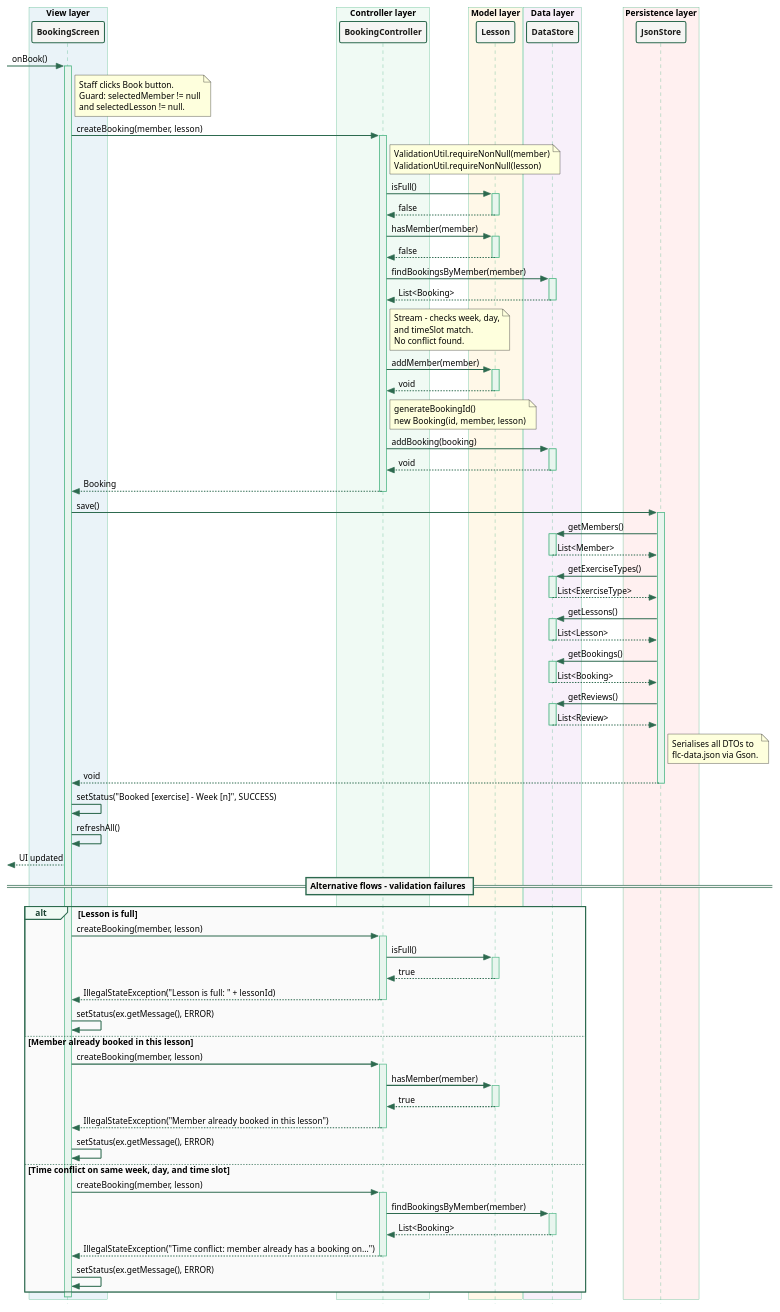
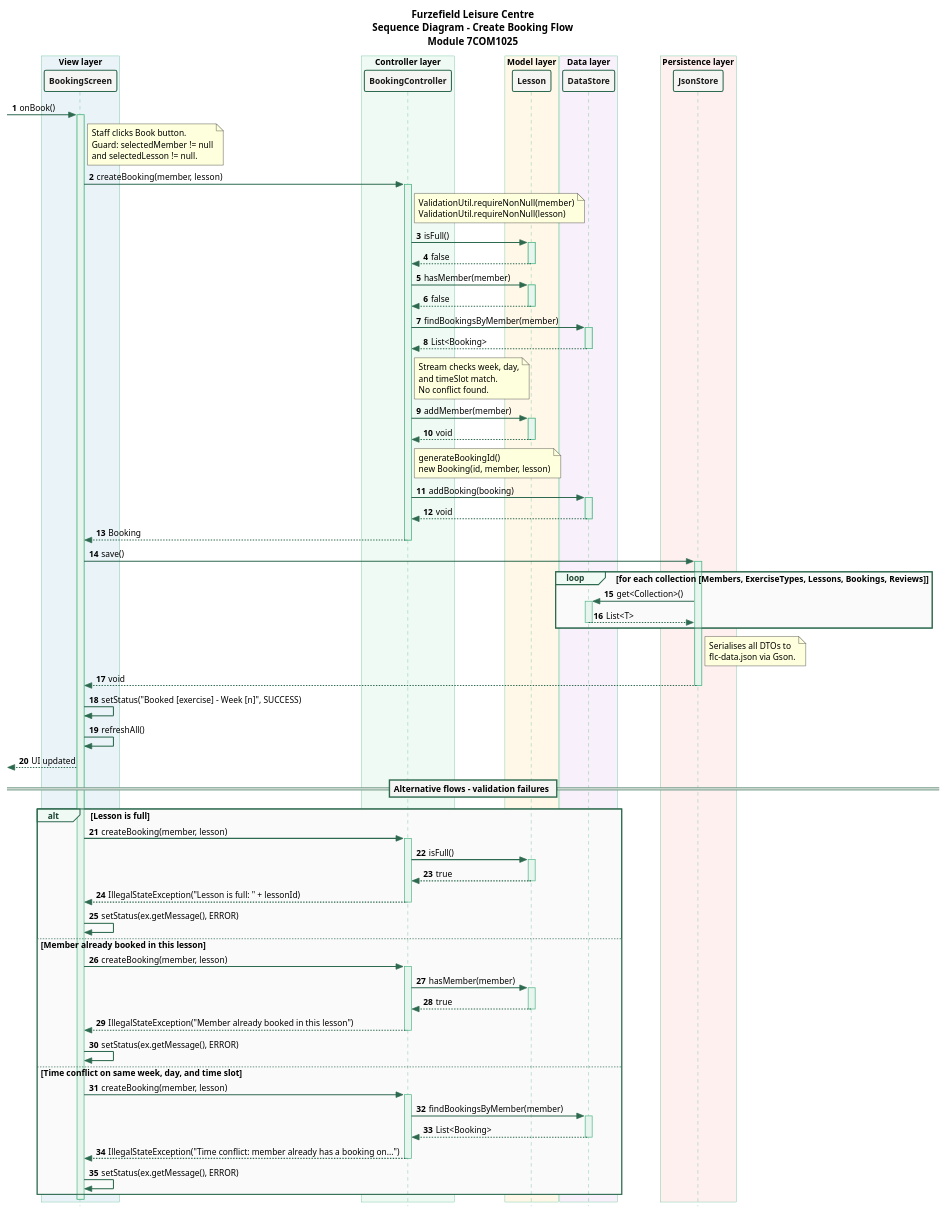
One commit to Dantesrc-sys/FurzefieldLC changed the diagram in src/main/plantuml/sequence-diagram.puml. Above: the diagram before and after it, drawn with PlantUML. The commit also changed 1 other file, not shown here.

```diff
--- a/src/main/plantuml/sequence-diagram.puml
+++ b/src/main/plantuml/sequence-diagram.puml
@@ -1,17 +1,21 @@
 @startuml sequence-diagram
 
-' ═══════════════════════════════════════════════════════════════
+' ===============================================================
 ' Furzefield Leisure Centre - Sequence Diagram
 ' Module  : 7COM1025
 ' Flow    : Create booking - end-to-end through all layers
 ' Source  : BookingScreen.onBook() and BookingController.createBooking()
-' ═══════════════════════════════════════════════════════════════
+' ===============================================================
 
 skinparam style strictuml
 skinparam backgroundColor    #FFFFFF
 skinparam defaultFontName    SansSerif
 skinparam defaultFontSize    12
 skinparam sequenceArrowThickness 1.5
+
+title Furzefield Leisure Centre\nSequence Diagram - Create Booking Flow\nModule 7COM1025
+
+autonumber
 
 skinparam participant {
     BackgroundColor          #F5F5F3
@@ -38,9 +42,9 @@
     NoteBorderColor          #F4C430
 }
 
-' ═══════════════════════════════════════════════════════════════
+' ===============================================================
 ' PARTICIPANTS - declared in layer order
-' ═══════════════════════════════════════════════════════════════
+' ===============================================================
 
 box "View layer" #EAF3F8
     participant "BookingScreen" as BS
@@ -62,23 +66,30 @@
     participant "JsonStore" as JS
 end box
 
-' ═══════════════════════════════════════════════════════════════
+' ===============================================================
 ' TRIGGER
-' ═══════════════════════════════════════════════════════════════
+' ===============================================================
 
 [-> BS : onBook()
-note right of BS : Staff clicks Book button.\nGuard: selectedMember != null\nand selectedLesson != null.
+note right of BS
+  Staff clicks Book button.
+  Guard: selectedMember != null
+  and selectedLesson != null.
+end note
 
 activate BS
 
-' ═══════════════════════════════════════════════════════════════
+' ===============================================================
 ' MAIN SUCCESS FLOW
-' ═══════════════════════════════════════════════════════════════
+' ===============================================================
 
 BS -> BC : createBooking(member, lesson)
 activate BC
 
-note right of BC : ValidationUtil.requireNonNull(member)\nValidationUtil.requireNonNull(lesson)
+note right of BC
+  ValidationUtil.requireNonNull(member)
+  ValidationUtil.requireNonNull(lesson)
+end note
 
 BC -> L : isFull()
 activate L
@@ -95,14 +106,21 @@
 DS --> BC : List<Booking>
 deactivate DS
 
-note right of BC : Stream - checks week, day,\nand timeSlot match.\nNo conflict found.
+note right of BC
+  Stream checks week, day,
+  and timeSlot match.
+  No conflict found.
+end note
 
 BC -> L : addMember(member)
 activate L
 L --> BC : void
 deactivate L
 
-note right of BC : generateBookingId()\nnew Booking(id, member, lesson)
+note right of BC
+  generateBookingId()
+  new Booking(id, member, lesson)
+end note
 
 BC -> DS : addBooking(booking)
 activate DS
@@ -112,35 +130,24 @@
 BC --> BS : Booking
 deactivate BC
 
+' ===============================================================
+' PERSISTENCE - JsonStore reads all collections then writes file
+' ===============================================================
+
 BS -> JS : save()
 activate JS
 
-JS -> DS : getMembers()
-activate DS
-DS --> JS : List<Member>
-deactivate DS
+loop for each collection [Members, ExerciseTypes, Lessons, Bookings, Reviews]
+    JS -> DS : get<Collection>()
+    activate DS
+    DS --> JS : List<T>
+    deactivate DS
+end
 
-JS -> DS : getExerciseTypes()
-activate DS
-DS --> JS : List<ExerciseType>
-deactivate DS
-
-JS -> DS : getLessons()
-activate DS
-DS --> JS : List<Lesson>
-deactivate DS
-
-JS -> DS : getBookings()
-activate DS
-DS --> JS : List<Booking>
-deactivate DS
-
-JS -> DS : getReviews()
-activate DS
-DS --> JS : List<Review>
-deactivate DS
-
-note right of JS : Serialises all DTOs to\nflc-data.json via Gson.
+note right of JS
+  Serialises all DTOs to
+  flc-data.json via Gson.
+end note
 
 JS --> BS : void
 deactivate JS
@@ -150,10 +157,10 @@
 
 [<-- BS : UI updated
 
-' ═══════════════════════════════════════════════════════════════
+' ===============================================================
 ' ALTERNATIVE FLOWS - all three validations that can fail
 ' Shown as a single alt/else/end combined fragment per UML spec
-' ═══════════════════════════════════════════════════════════════
+' ===============================================================
 
 == Alternative flows - validation failures ==
 
```
